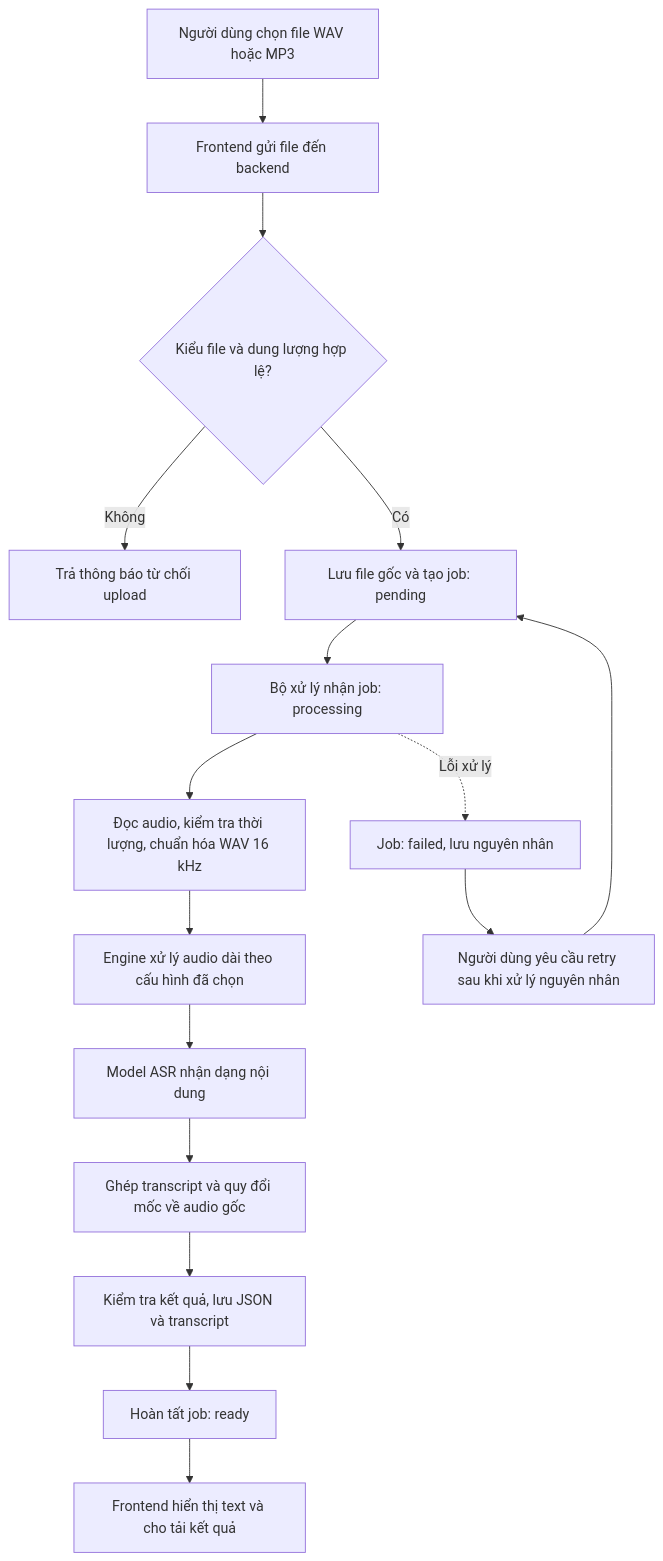
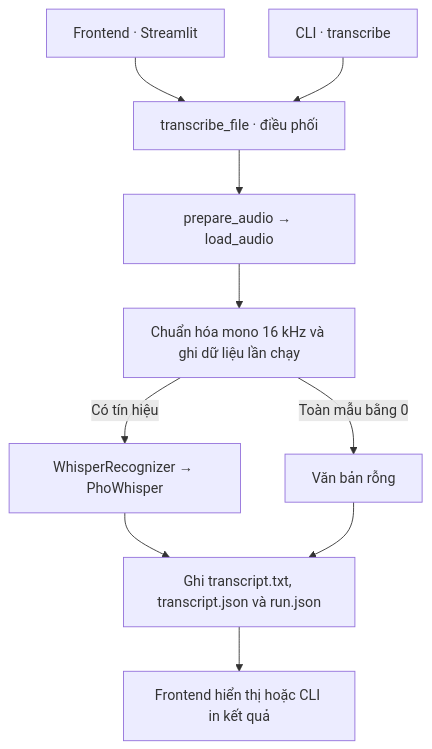
Before and after one commit to duktrung05/TTS: the diagram in docs/ASR_PIPELINE_VI.md, drawn with Mermaid. The commit also changed other lines of this file and 23 other files, not shown here.

Commit message:
Add Streamlit transcription demo and organize the ASR backend

````diff
--- a/docs/ASR_PIPELINE_VI.md
+++ b/docs/ASR_PIPELINE_VI.md
@@ -11,18 +5,12 @@
 ```mermaid
 flowchart TD
-    A["Người dùng chọn file WAV hoặc MP3"] --> B["Frontend gửi file đến backend"]
-    B --> C{"Kiểu file và dung lượng hợp lệ?"}
-    C -->|Không| X["Trả thông báo từ chối upload"]
-    C -->|Có| D["Lưu file gốc và tạo job: pending"]
-    D --> E["Bộ xử lý nhận job: processing"]
-    E --> F["Đọc audio, kiểm tra thời lượng, chuẩn hóa WAV 16 kHz"]
-    F --> G["Engine xử lý audio dài theo cấu hình đã chọn"]
-    G --> H["Model ASR nhận dạng nội dung"]
-    H --> I["Ghép transcript và quy đổi mốc về audio gốc"]
-    I --> J["Kiểm tra kết quả, lưu JSON và transcript"]
-    J --> K["Hoàn tất job: ready"]
-    K --> L["Frontend hiển thị text và cho tải kết quả"]
-    E -. "Lỗi xử lý" .-> Y["Job: failed, lưu nguyên nhân"]
-    Y --> R["Người dùng yêu cầu retry sau khi xử lý nguyên nhân"]
-    R --> D
+    UI["Frontend · Streamlit"] --> P["transcribe_file · điều phối"]
+    CLI["CLI · transcribe"] --> P
+    P --> A["prepare_audio → load_audio"]
+    A --> N["Chuẩn hóa mono 16 kHz và ghi dữ liệu lần chạy"]
+    N -->|Có tín hiệu| M["WhisperRecognizer → PhoWhisper"]
+    N -->|Toàn mẫu bằng 0| Z["Văn bản rỗng"]
+    M --> R["Ghi transcript.txt, transcript.json và run.json"]
+    Z --> R
+    R --> V["Frontend hiển thị hoặc CLI in kết quả"]
 ```
````
